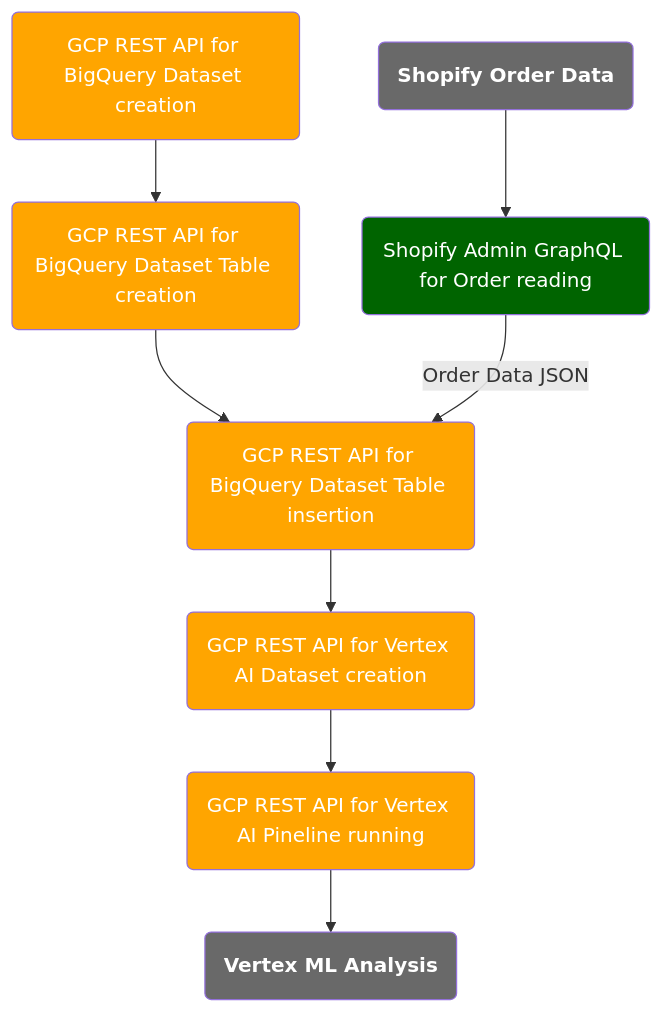
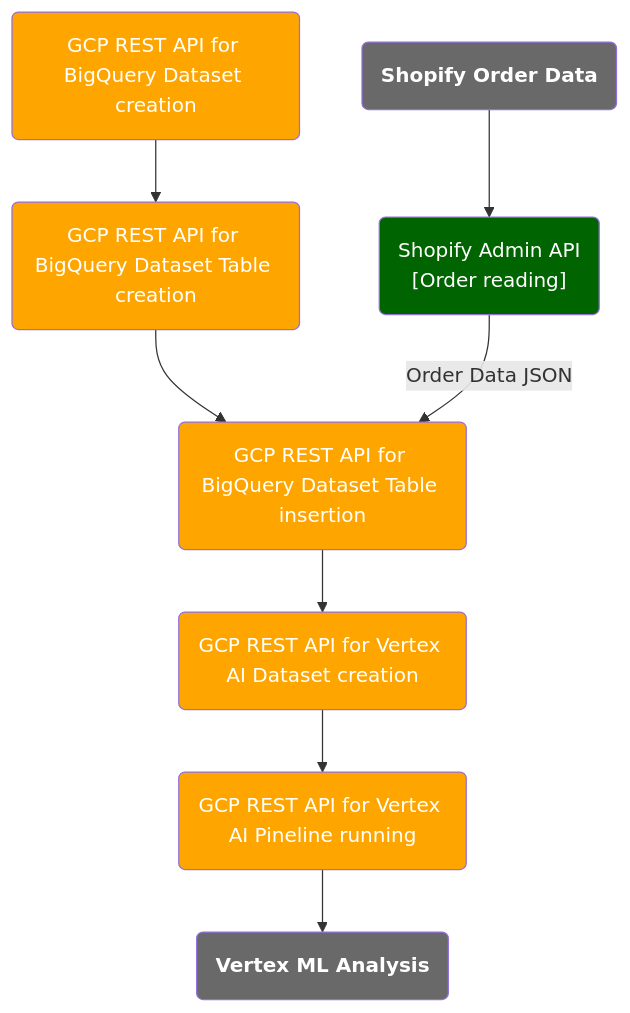
One commit to benzookapi/shopify-gcp-demo changed the diagram in README.GCP.md. Above: the diagram before and after it, drawn with Mermaid.

````diff
--- a/README.GCP.md
+++ b/README.GCP.md
@@ -1,54 +1,54 @@
 ```mermaid
 
 graph TD
 
   ShopifyOrders("Shopify Order Data")
 
-  ShopifyApi("Shopify Admin GraphQL for Order reading")
+  ShopifyApi("Shopify Admin API<br/>[Order reading]")
 
   GcpRestApiBigQueryDataSet("GCP REST API for BigQuery Dataset creation")
 
   GcpRestApiBigQueryTable("GCP REST API for BigQuery Dataset Table creation")
 
   GcpRestApiBigQueryInsert("GCP REST API for BigQuery Dataset Table insertion")
 
   GcpRestApiVertexDataset("GCP REST API for Vertex AI Dataset creation")
 
   GcpRestApiVertexRun("GCP REST API for Vertex AI Pineline running")
 
   GcpRestApiVertexResult("Vertex ML Analysis")
 
   ShopifyOrders-->ShopifyApi
 
   GcpRestApiBigQueryDataSet-->GcpRestApiBigQueryTable
 
   GcpRestApiBigQueryTable-->GcpRestApiBigQueryInsert
 
   ShopifyApi-->|Order Data JSON|GcpRestApiBigQueryInsert
 
   GcpRestApiBigQueryInsert-->GcpRestApiVertexDataset
 
   GcpRestApiVertexDataset-->GcpRestApiVertexRun
 
   GcpRestApiVertexRun-->GcpRestApiVertexResult
 
 
   classDef edge1 fill:#696969,color:white,font-weight:bold
   class ShopifyOrders edge1
 
   classDef shopify fill:#006400,color:white
   class ShopifyApi shopify
 
   classDef gcp fill:#FFA500,color:white
   class GcpRestApiBigQueryDataSet,GcpRestApiBigQueryTable,GcpRestApiBigQueryInsert,GcpRestApiVertexDataset,GcpRestApiVertexRun gcp
 
   classDef edge2 fill:#696969,color:white,font-weight:bold
   class GcpRestApiVertexResult edge2
 
 
 
 
 
 
 
 ```
````
